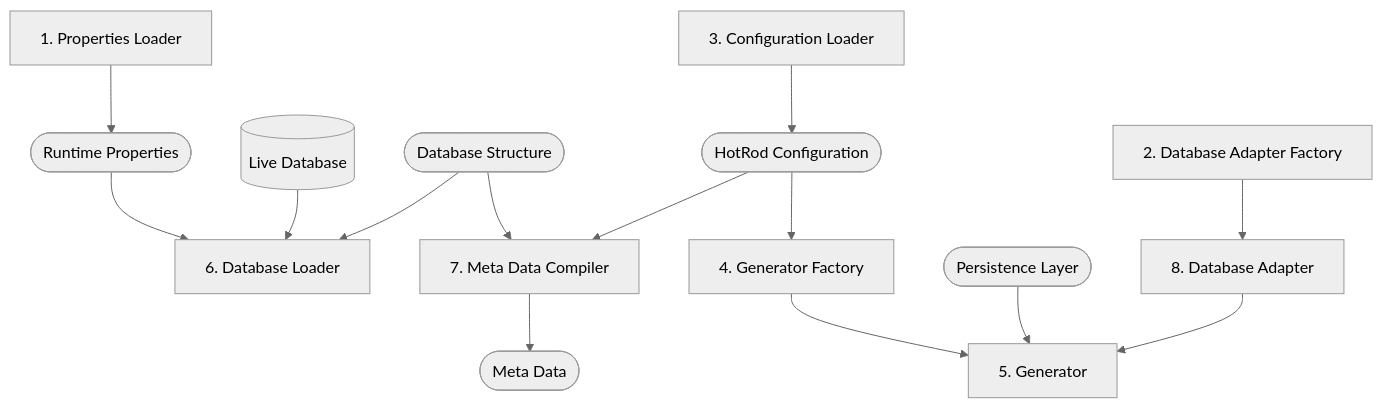
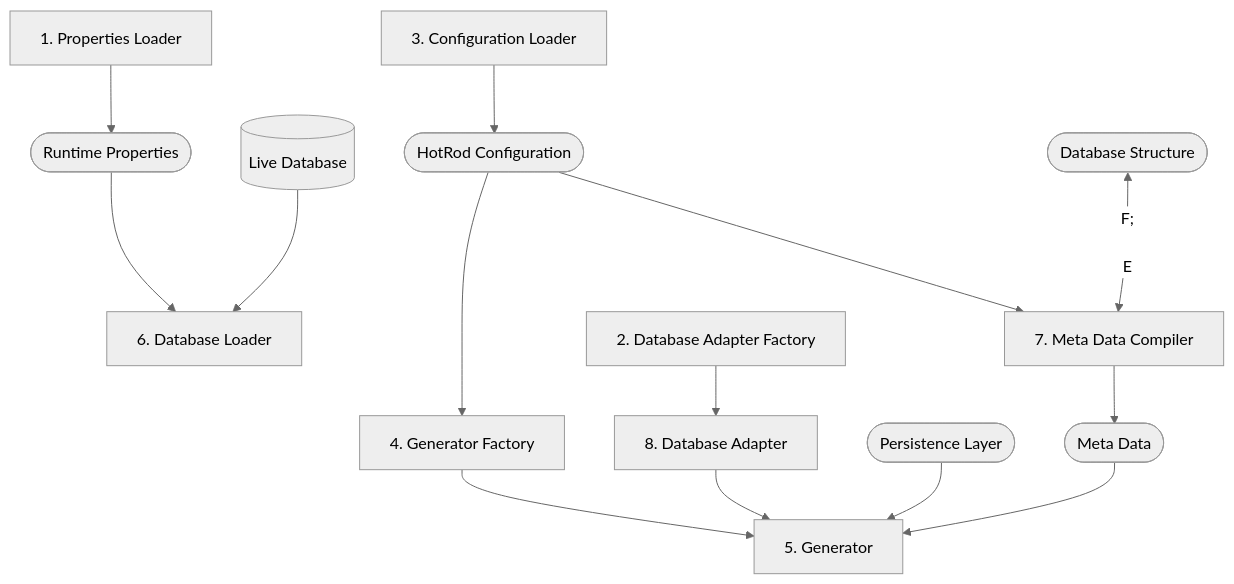
The diagram in hotrod-project/docs/architecture.md (hotrodorm/hotrod), drawn with Mermaid (neutral theme) before and after one commit.

````diff
--- a/hotrod-project/docs/architecture.md
+++ b/hotrod-project/docs/architecture.md
@@ -6,22 +6,23 @@
 ```mermaid
 graph TD;
 
 A[1. Properties Loader] --> B([Runtime Properties]);
 
 B --> F[6. Database Loader];
 G[(Live Database)] --> F;
 C[3. Configuration Loader] --> D([HotRod Configuration]);
-E([Database Structure]) --> F;
+E([Database Structure]) <-- F;
 
 E --> H[7. Meta Data Compiler];
 D --> H;
 H --> I([Meta Data]);
 
 D --> J[4. Generator Factory];
 J --> K[5. Generator];
+I --> K;
 L([Persistence Layer]) --> K;
 
 M[2. Database Adapter Factory] --> N[8. Database Adapter];
 N --> K;
 
 ```
````
